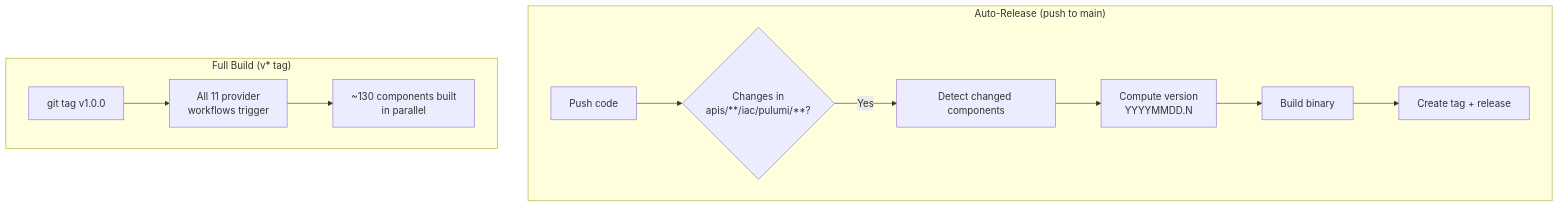
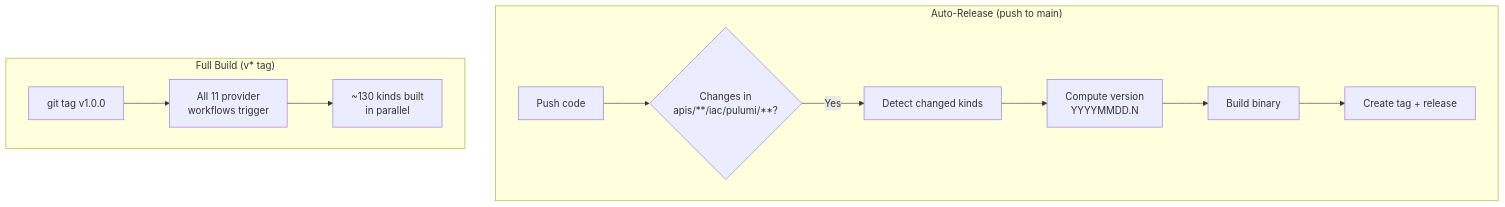
The diagram in _changelog/2026-01/2026-01-07-152159-pulumi-module-auto-release-workflow.md (plantonhq/planton), drawn with Mermaid before and after one commit. The commit also changed other lines of this file and 19058 other files, not shown here.

````diff
--- a/_changelog/2026-01/2026-01-07-152159-pulumi-module-auto-release-workflow.md
+++ b/_changelog/2026-01/2026-01-07-152159-pulumi-module-auto-release-workflow.md
@@ -39,15 +39,15 @@
 ```mermaid
 flowchart TB
     subgraph AutoRelease ["Auto-Release (push to main)"]
         A[Push code] --> B{Changes in<br/>apis/**/iac/pulumi/**?}
-        B -->|Yes| C[Detect changed components]
+        B -->|Yes| C[Detect changed kinds]
         C --> D[Compute version<br/>YYYYMMDD.N]
         D --> E[Build binary]
         E --> F[Create tag + release]
     end
 
     subgraph FullBuild ["Full Build (v* tag)"]
         G[git tag v1.0.0] --> H[All 11 provider<br/>workflows trigger]
-        H --> I[~130 components built<br/>in parallel]
+        H --> I[~130 kinds built<br/>in parallel]
     end
 ```
````
